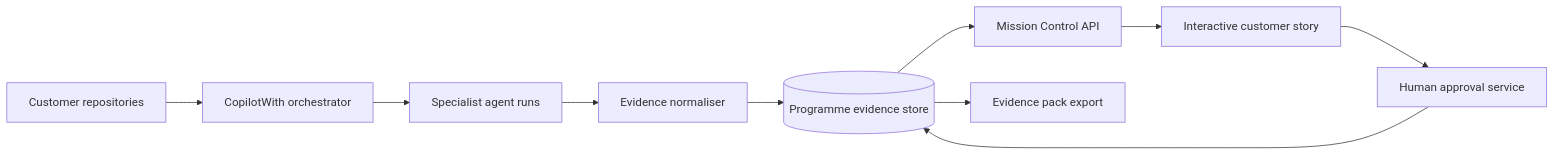
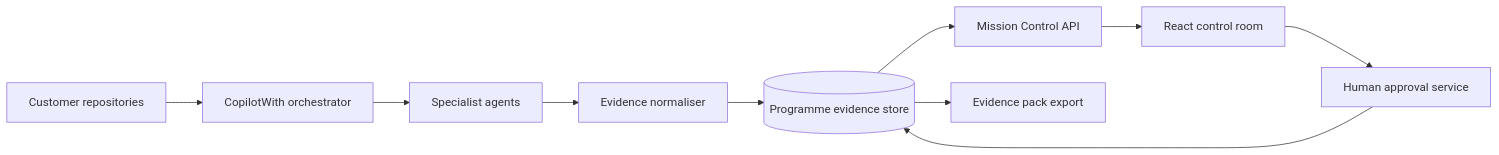
One commit to ravi0130/CopilotWith-RVAS changed the second of 2 diagrams in docs/ARCHITECTURE.md. Above: the diagram before and after it, drawn with Mermaid. The commit also changed other lines of this file and 8 other files, not shown here.

Commit message:
Build modernisation mission control

````diff
--- a/docs/ARCHITECTURE.md
+++ b/docs/ARCHITECTURE.md
@@ -30,12 +26,12 @@
 ```mermaid
 flowchart LR
     R[Customer repositories] --> O[CopilotWith orchestrator]
-    O --> S[Specialist agent runs]
-    S --> N[Evidence normaliser]
-    N --> P[(Programme evidence store)]
-    P --> API[Mission Control API]
-    API --> UI[Interactive customer story]
+    O --> A[Specialist agents]
+    A --> N[Evidence normaliser]
+    N --> S[(Programme evidence store)]
+    S --> API[Mission Control API]
+    API --> UI[React control room]
     UI --> H[Human approval service]
-    H --> P
-    P --> EP[Evidence pack export]
+    H --> S
+    S --> EX[Evidence pack export]
 ```
````
